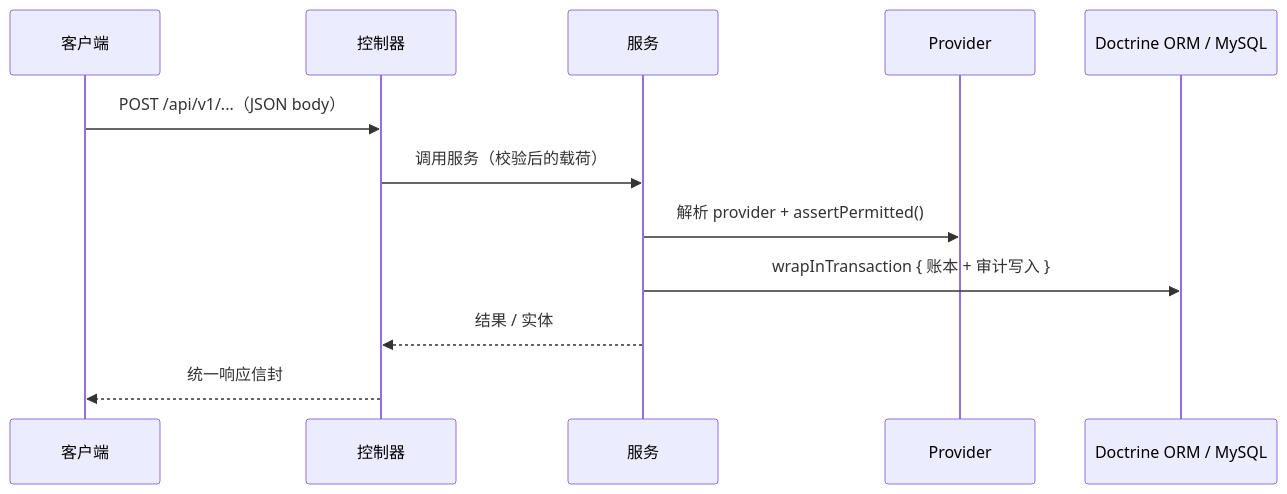
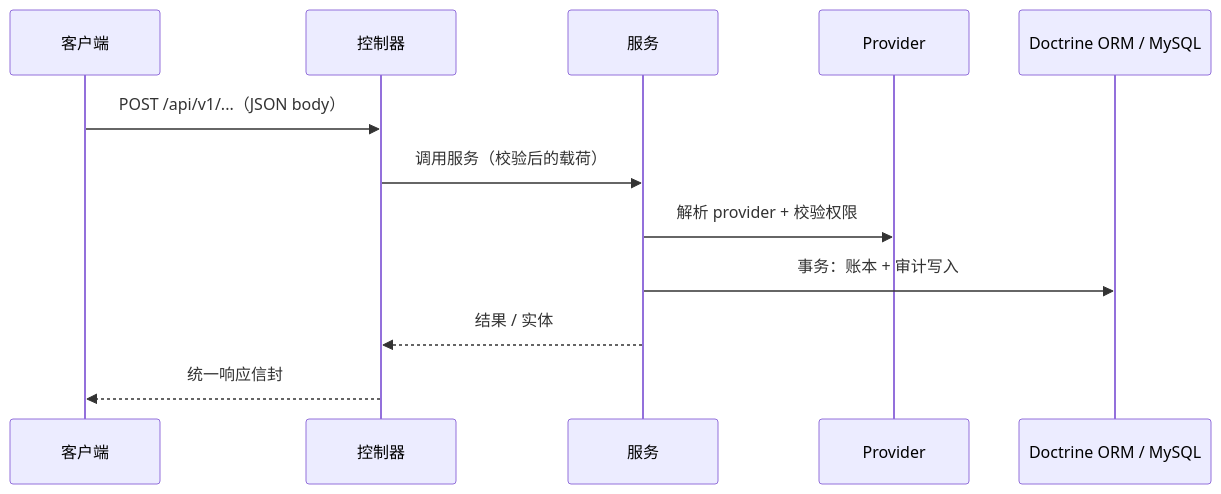
One commit to dream-studio-china/edc-online-membership changed the second of 3 diagrams in README.zh-cn.md. Above: the diagram before and after it, drawn with Mermaid. The commit also changed other lines of this file and 5 other files, not shown here.

````diff
--- a/README.zh-cn.md
+++ b/README.zh-cn.md
@@ -53,15 +53,15 @@
 ```mermaid
 sequenceDiagram
     participant C as 客户端
     participant Ctrl as 控制器
     participant S as 服务
     participant P as Provider
     participant DB as Doctrine ORM / MySQL
 
     C->>Ctrl: POST /api/v1/...（JSON body）
     Ctrl->>S: 调用服务（校验后的载荷）
-    S->>P: 解析 provider + assertPermitted()
-    S->>DB: wrapInTransaction { 账本 + 审计写入 }
+    S->>P: 解析 provider + 校验权限
+    S->>DB: 事务：账本 + 审计写入
     S-->>Ctrl: 结果 / 实体
     Ctrl-->>C: 统一响应信封
 ```
````
